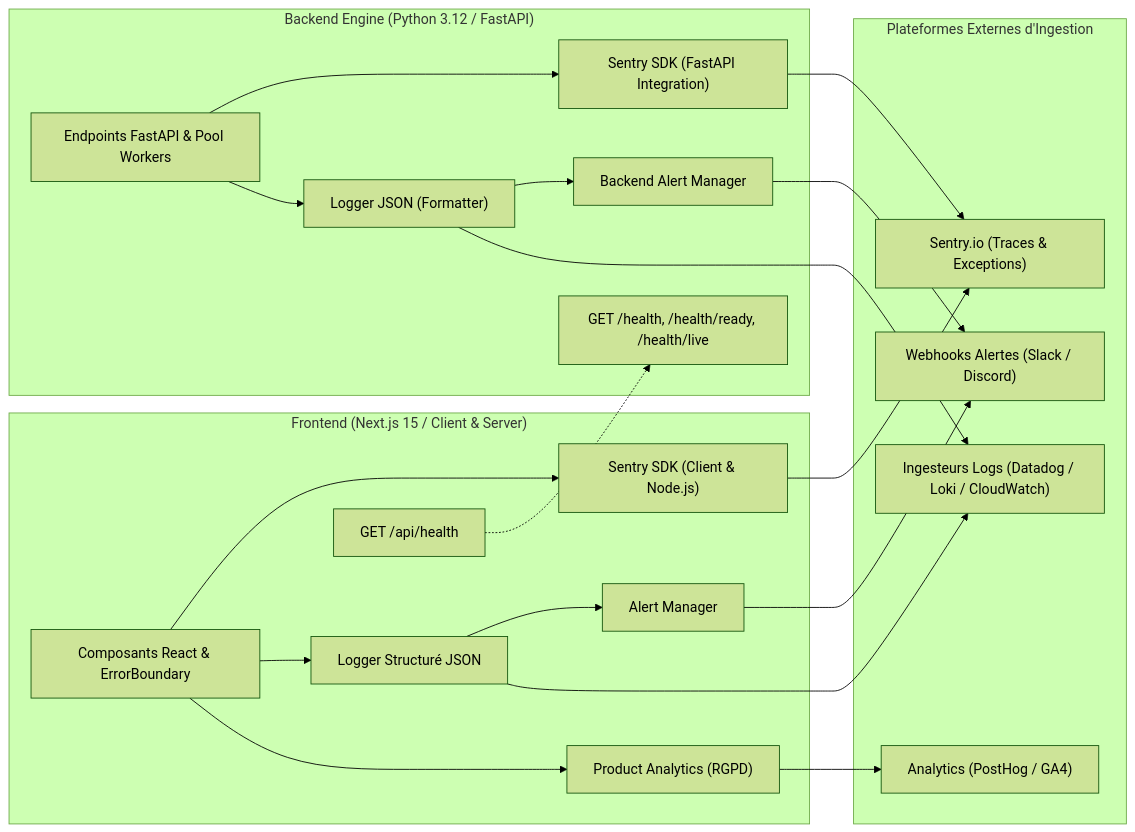
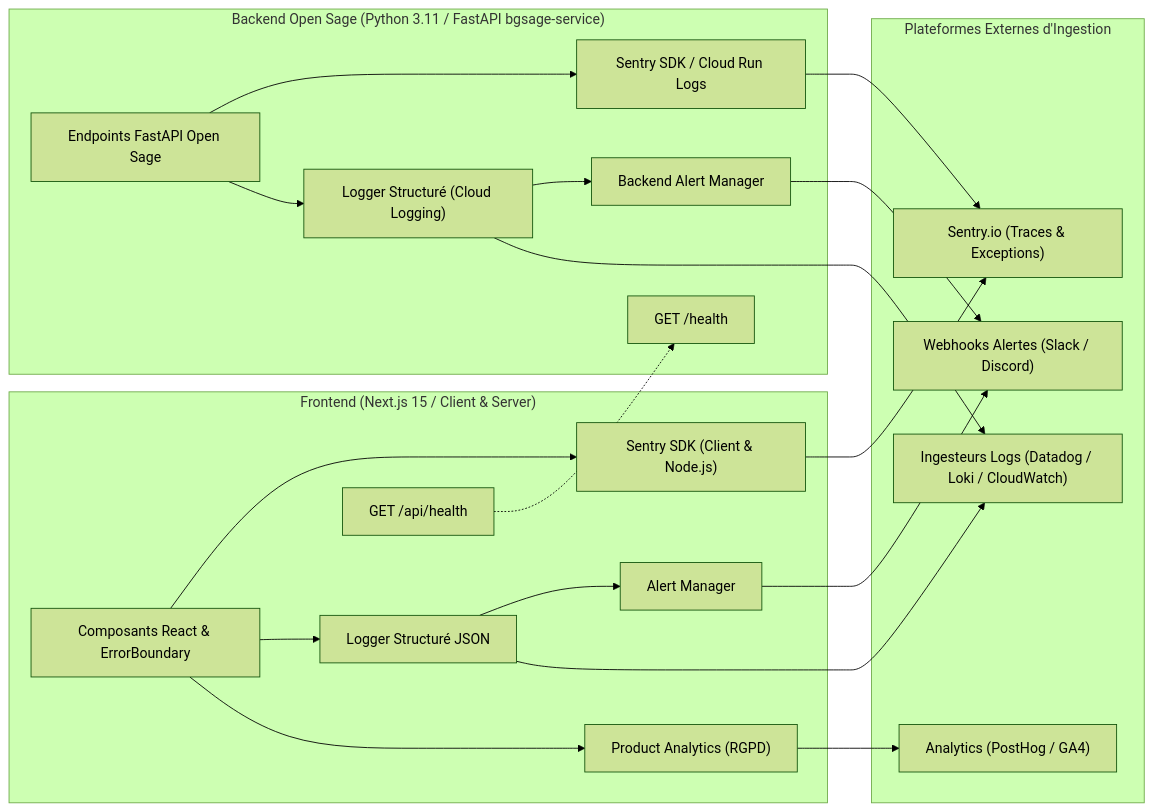
The diagram in docs/MONITORING.md (8888vtc-ui/BACK), drawn with Mermaid (forest theme) before and after one commit. The commit also changed other lines of this file and 169 other files, not shown here.

````diff
--- a/docs/MONITORING.md
+++ b/docs/MONITORING.md
@@ -9,41 +9,41 @@
 ```mermaid
 flowchart LR
     subgraph Frontend["Frontend (Next.js 15 / Client & Server)"]
         UI["Composants React & ErrorBoundary"]
         SentryFE["Sentry SDK (Client & Node.js)"]
         JSONLogFE["Logger Structuré JSON"]
         AlertFE["Alert Manager"]
         Analytics["Product Analytics (RGPD)"]
         HealthFE["GET /api/health"]
 
         UI --> SentryFE
         UI --> JSONLogFE
         JSONLogFE --> AlertFE
         UI --> Analytics
     end
 
-    subgraph Backend["Backend Engine (Python 3.12 / FastAPI)"]
-        FastAPI["Endpoints FastAPI & Pool Workers"]
-        SentryBE["Sentry SDK (FastAPI Integration)"]
-        JSONLogBE["Logger JSON (Formatter)"]
+    subgraph Backend["Backend Open Sage (Python 3.11 / FastAPI bgsage-service)"]
+        FastAPI["Endpoints FastAPI Open Sage"]
+        SentryBE["Sentry SDK / Cloud Run Logs"]
+        JSONLogBE["Logger Structuré (Cloud Logging)"]
         AlertBE["Backend Alert Manager"]
-        HealthBE["GET /health, /health/ready, /health/live"]
+        HealthBE["GET /health"]
 
         FastAPI --> SentryBE
         FastAPI --> JSONLogBE
         JSONLogBE --> AlertBE
     end
 
     subgraph External["Plateformes Externes d'Ingestion"]
         SentryCloud["Sentry.io (Traces & Exceptions)"]
         LogDrain["Ingesteurs Logs (Datadog / Loki / CloudWatch)"]
         Webhook["Webhooks Alertes (Slack / Discord)"]
         ProductTelemetry["Analytics (PostHog / GA4)"]
     end
 
     SentryFE & SentryBE --> SentryCloud
     JSONLogFE & JSONLogBE --> LogDrain
     AlertFE & AlertBE --> Webhook
     Analytics --> ProductTelemetry
     HealthFE -.-> HealthBE
 ```
````
